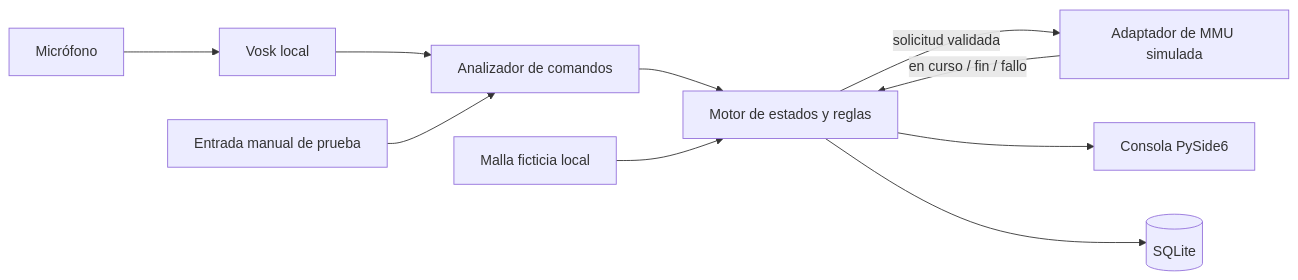
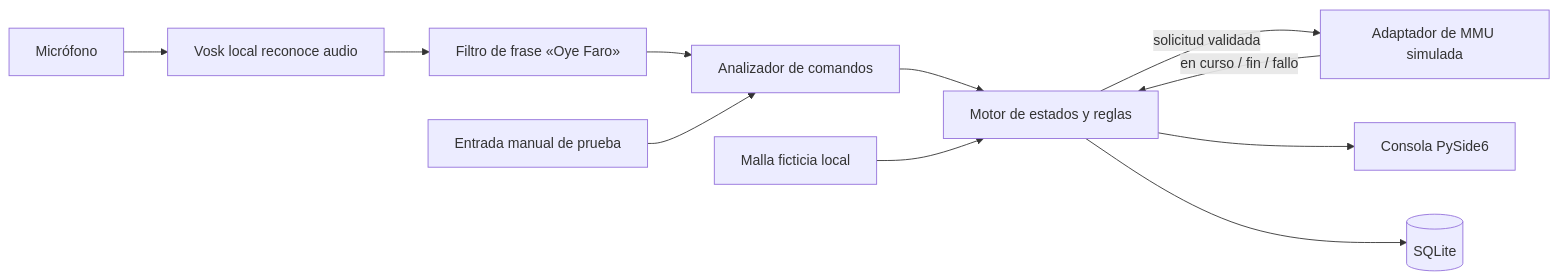
The diagram in planning/ARQUITECTURA_FARO.md (Kiara1616/faro), drawn with Mermaid before and after one commit. The commit also changed other lines of this file and 10 other files, not shown here.

````diff
--- a/planning/ARQUITECTURA_FARO.md
+++ b/planning/ARQUITECTURA_FARO.md
@@ -10,12 +10,13 @@
 ```mermaid
 flowchart LR
-    Mic[Micrófono] --> ASR[Vosk local]
-    ASR --> Parser[Analizador de comandos]
+    Mic[Micrófono] --> ASR[Vosk local reconoce audio]
+    ASR --> Wake[Filtro de frase «Oye Faro»]
+    Wake --> Parser[Analizador de comandos]
     Teclado[Entrada manual de prueba] --> Parser
     Parser --> Reglas[Motor de estados y reglas]
     Plan[Malla ficticia local] --> Reglas
     Reglas -->|solicitud validada| Sim[Adaptador de MMU simulada]
     Sim -->|en curso / fin / fallo| Reglas
     Reglas --> UI[Consola PySide6]
     Reglas --> Log[(SQLite)]
 ```
````
